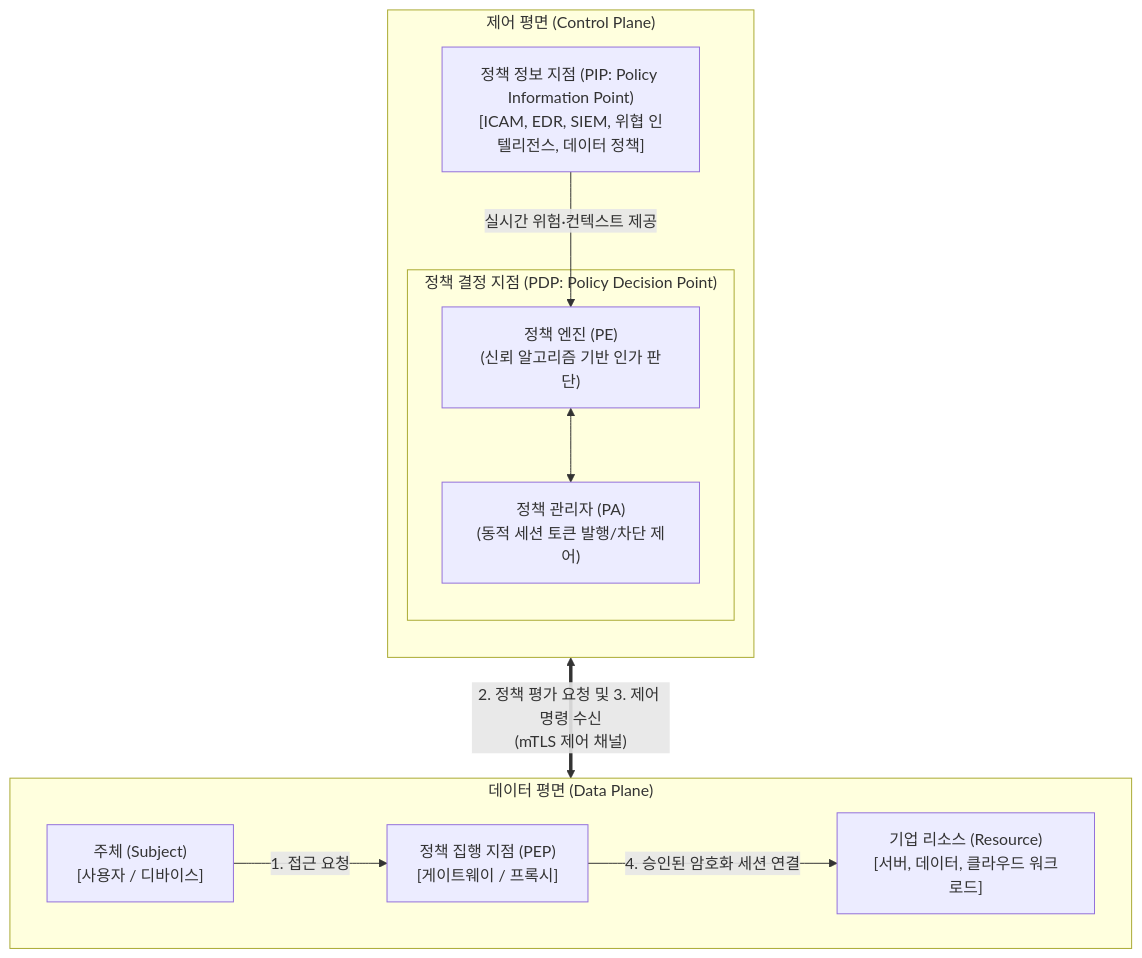
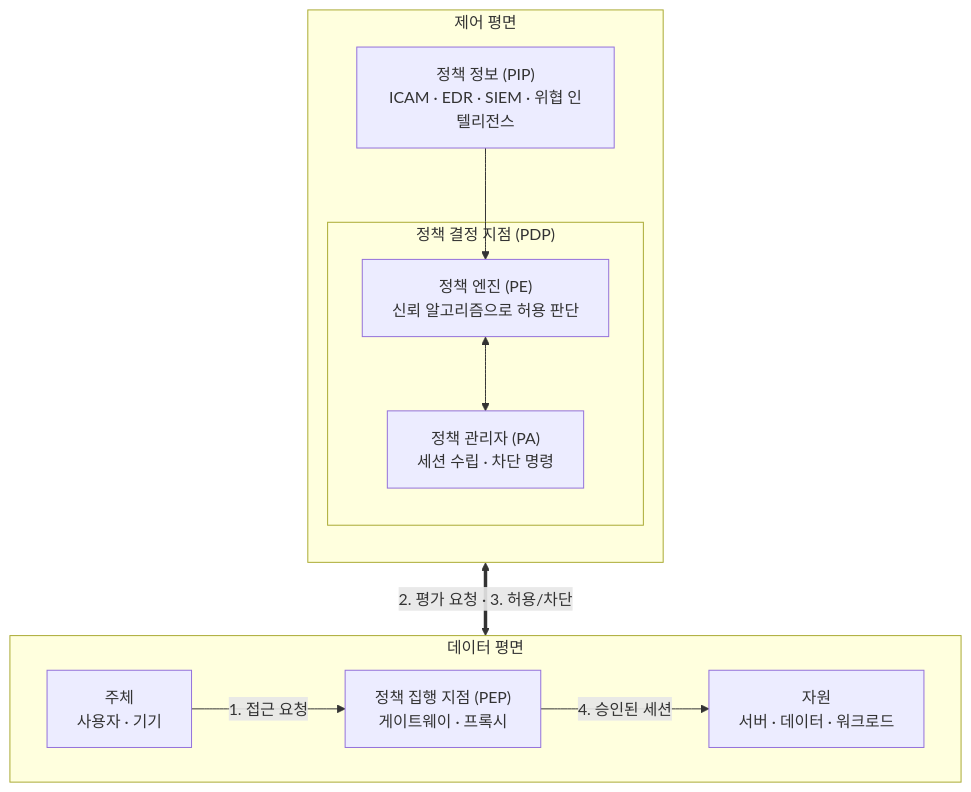
One commit to supremethumb/supremethumb.github.io changed the diagram in content/01_IT Tech/제로 트러스트 보안모델.md. Above: the diagram before and after it, drawn with Mermaid. The commit also changed other lines of this file and 1087 other files, not shown here.

````diff
--- a/content/01_IT Tech/제로 트러스트 보안모델.md
+++ b/content/01_IT Tech/제로 트러스트 보안모델.md
@@ -31,28 +38,19 @@
 ```mermaid
 flowchart TB
-    subgraph CP ["제어 평면 (Control Plane)"]
+    subgraph CP["제어 평면"]
         direction TB
-        PIP["정책 정보 지점 (PIP: Policy Information Point)<br/>[ICAM, EDR, SIEM, 위협 인텔리전스, 데이터 정책]"]
-        
-        subgraph PDP ["정책 결정 지점 (PDP: Policy Decision Point)"]
-            PE["정책 엔진 (PE)<br/>(신뢰 알고리즘 기반 인가 판단)"]
-            PA["정책 관리자 (PA)<br/>(동적 세션 토큰 발행/차단 제어)"]
+        PIP["정책 정보 (PIP)<br/>ICAM · EDR · SIEM · 위협 인텔리전스"]
+        subgraph PDP["정책 결정 지점 (PDP)"]
+            PE["정책 엔진 (PE)<br/>신뢰 알고리즘으로 허용 판단"]
+            PA["정책 관리자 (PA)<br/>세션 수립 · 차단 명령"]
             PE <--> PA
         end
-        
-        PIP -->|"실시간 위험·컨텍스트 제공"| PE
+        PIP --> PE
     end
-
-    subgraph DP ["데이터 평면 (Data Plane)"]
+    subgraph DP["데이터 평면"]
         direction LR
-        SUB["주체 (Subject)<br/>[사용자 / 디바이스]"]
-        PEP["정책 집행 지점 (PEP)<br/>[게이트웨이 / 프록시]"]
-        RES["기업 리소스 (Resource)<br/>[서버, 데이터, 클라우드 워크로드]"]
-        
-        SUB -->|"1. 접근 요청"| PEP
-        PEP -->|"4. 승인된 암호화 세션 연결"| RES
+        SUB["주체<br/>사용자 · 기기"] -->|"1. 접근 요청"| PEP["정책 집행 지점 (PEP)<br/>게이트웨이 · 프록시"]
+        PEP -->|"4. 승인된 세션"| RES["자원<br/>서버 · 데이터 · 워크로드"]
     end
-
-    PA <== "2. 정책 평가 요청 및 3. 제어 명령 수신<br/>(mTLS 제어 채널)" ==> PEP
-
+    PA <==>|"2. 평가 요청 · 3. 허용/차단"| PEP
 ```
````
